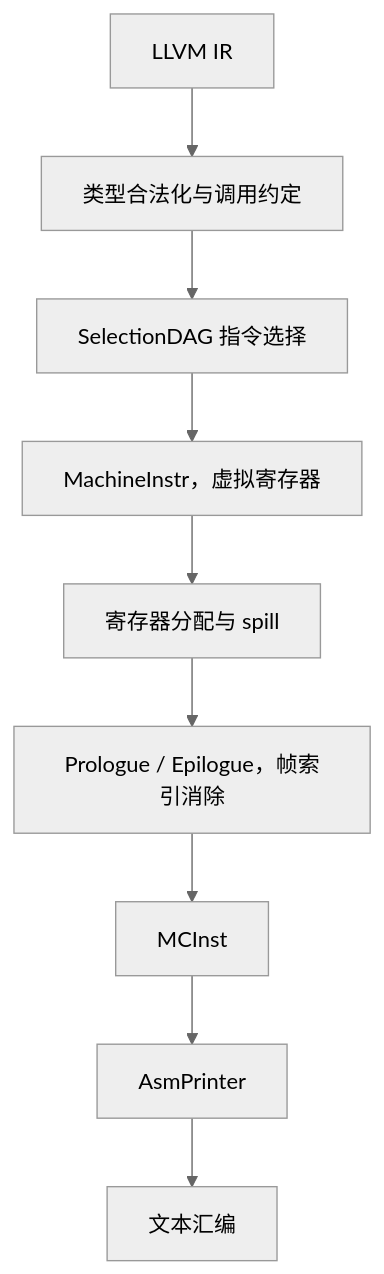
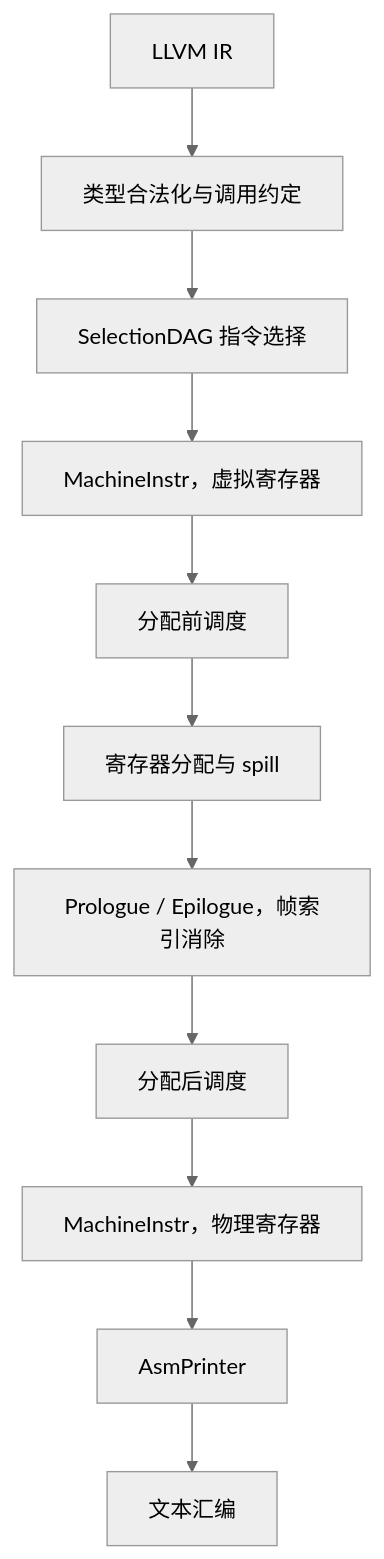
Before and after one commit to xdlhzdh/XAIBackend: the diagram in docs/实现与CodeGen对照.md, drawn with Mermaid (neutral theme). The commit also changed other lines of this file and 6 other files, not shown here.

````diff
--- a/docs/实现与CodeGen对照.md
+++ b/docs/实现与CodeGen对照.md
@@ -13,14 +13,16 @@
 ```mermaid
 flowchart TD
   ir["LLVM IR"]
   legal["类型合法化与调用约定"]
   isel["SelectionDAG 指令选择"]
-  mi["MachineInstr，虚拟寄存器"]
+  miv["MachineInstr，虚拟寄存器"]
+  presched["分配前调度"]
   ra["寄存器分配与 spill"]
   pei["Prologue / Epilogue，帧索引消除"]
-  mc["MCInst"]
+  postsched["分配后调度"]
+  mi["MachineInstr，物理寄存器"]
   asm["AsmPrinter"]
   text["文本汇编"]
 
-  ir --> legal --> isel --> mi --> ra --> pei --> mc --> asm --> text
+  ir --> legal --> isel --> miv --> presched --> ra --> pei --> postsched --> mi --> asm --> text
 ```
````
